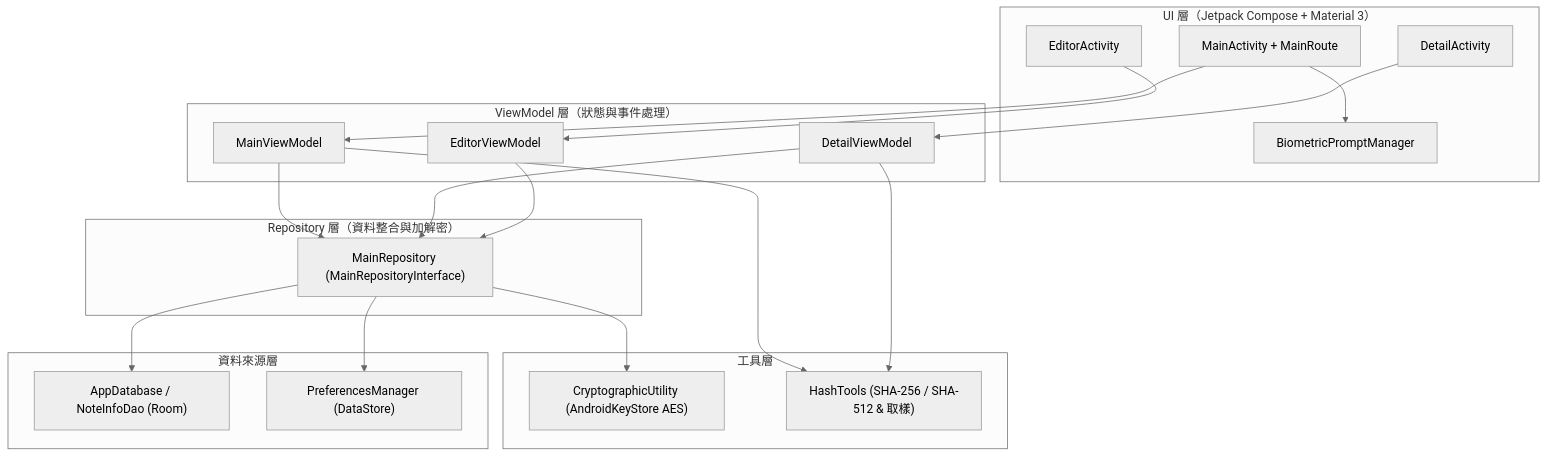
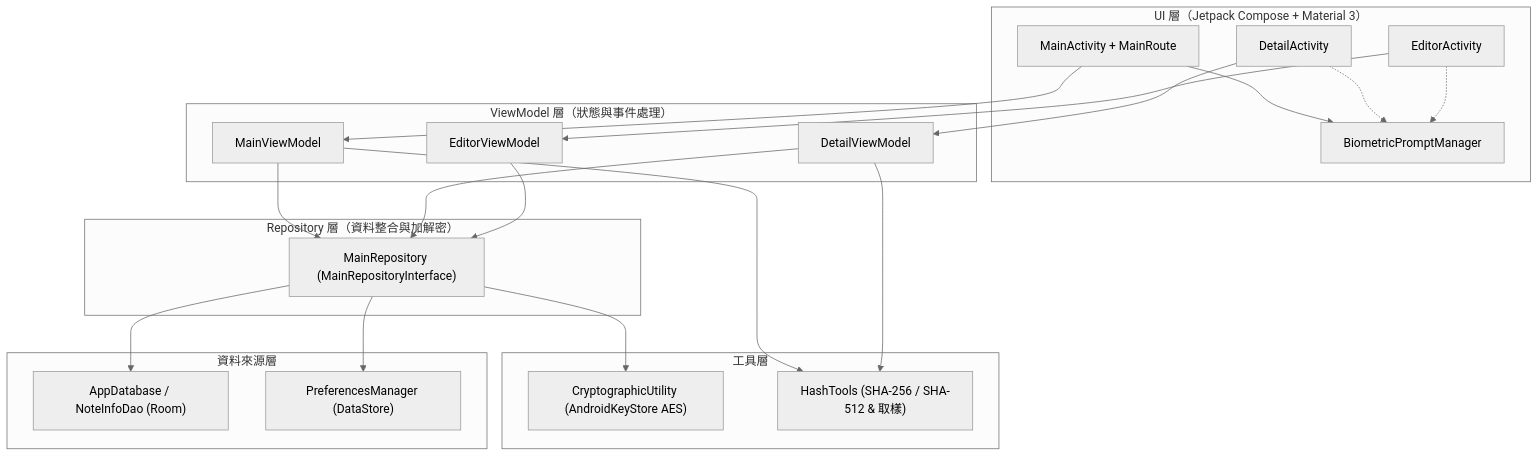
The diagram in docs/architecture.md (KenLiao-ITL-Lab/NoteEncryptorManager_Android), drawn with Mermaid (neutral theme) before and after one commit. The commit also changed other lines of this file and 10 other files, not shown here.

````diff
--- a/docs/architecture.md
+++ b/docs/architecture.md
@@ -9,44 +9,46 @@
 ```mermaid
 flowchart TD
     subgraph UI["UI 層（Jetpack Compose + Material 3）"]
         MainAct["MainActivity + MainRoute"]
         DetailAct["DetailActivity"]
         EditorAct["EditorActivity"]
         BioMgr["BiometricPromptManager"]
     end
 
     subgraph VM["ViewModel 層（狀態與事件處理）"]
         MainVM["MainViewModel"]
         DetailVM["DetailViewModel"]
         EditorVM["EditorViewModel"]
     end
 
     subgraph Repo["Repository 層（資料整合與加解密）"]
         MainRepo["MainRepository (MainRepositoryInterface)"]
     end
 
     subgraph Tools["工具層"]
         Crypto["CryptographicUtility (AndroidKeyStore AES)"]
         Hash["HashTools (SHA-256 / SHA-512 & 取樣)"]
     end
 
     subgraph Data["資料來源層"]
         RoomDB["AppDatabase / NoteInfoDao (Room)"]
         PrefMgr["PreferencesManager (DataStore)"]
     end
 
     MainAct --> MainVM
     MainAct --> BioMgr
     DetailAct --> DetailVM
+    DetailAct -.-> BioMgr
     EditorAct --> EditorVM
+    EditorAct -.-> BioMgr
 
     MainVM --> MainRepo
     MainVM --> Hash
     DetailVM --> MainRepo
     DetailVM --> Hash
     EditorVM --> MainRepo
 
     MainRepo --> Crypto
     MainRepo --> RoomDB
     MainRepo --> PrefMgr
 ```
````
